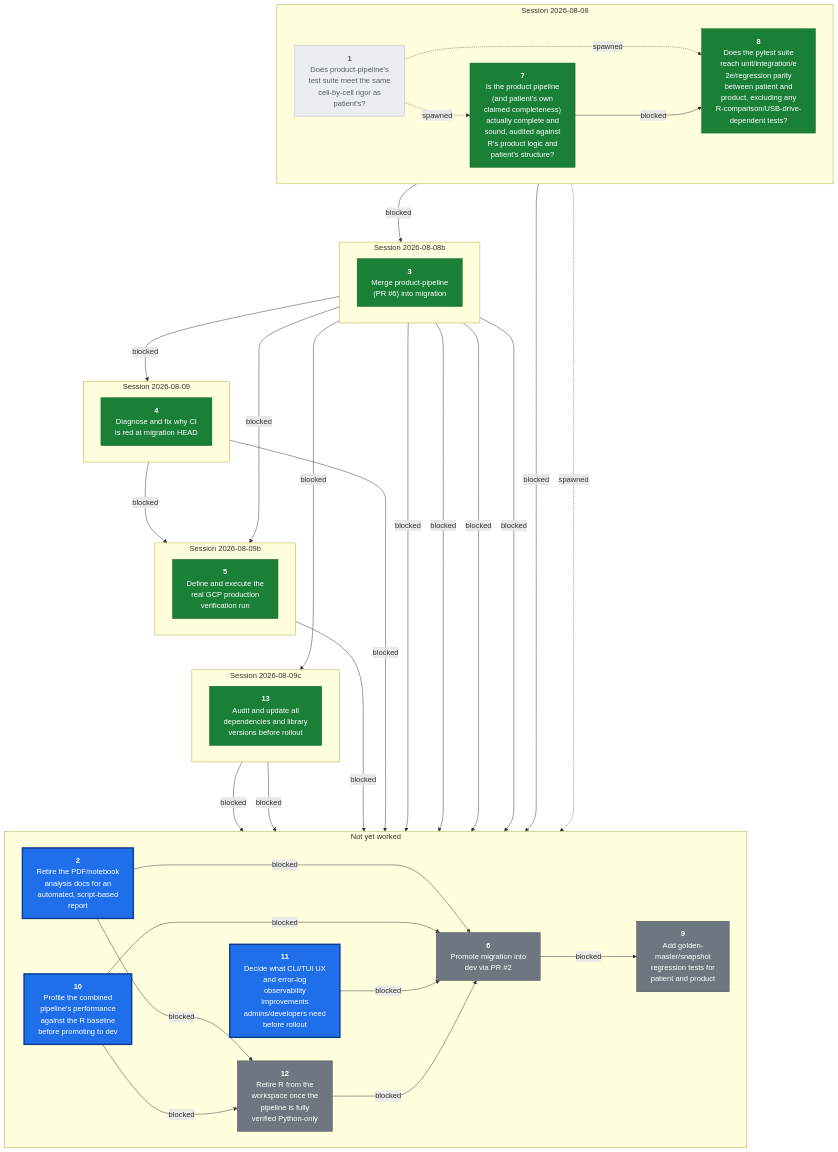
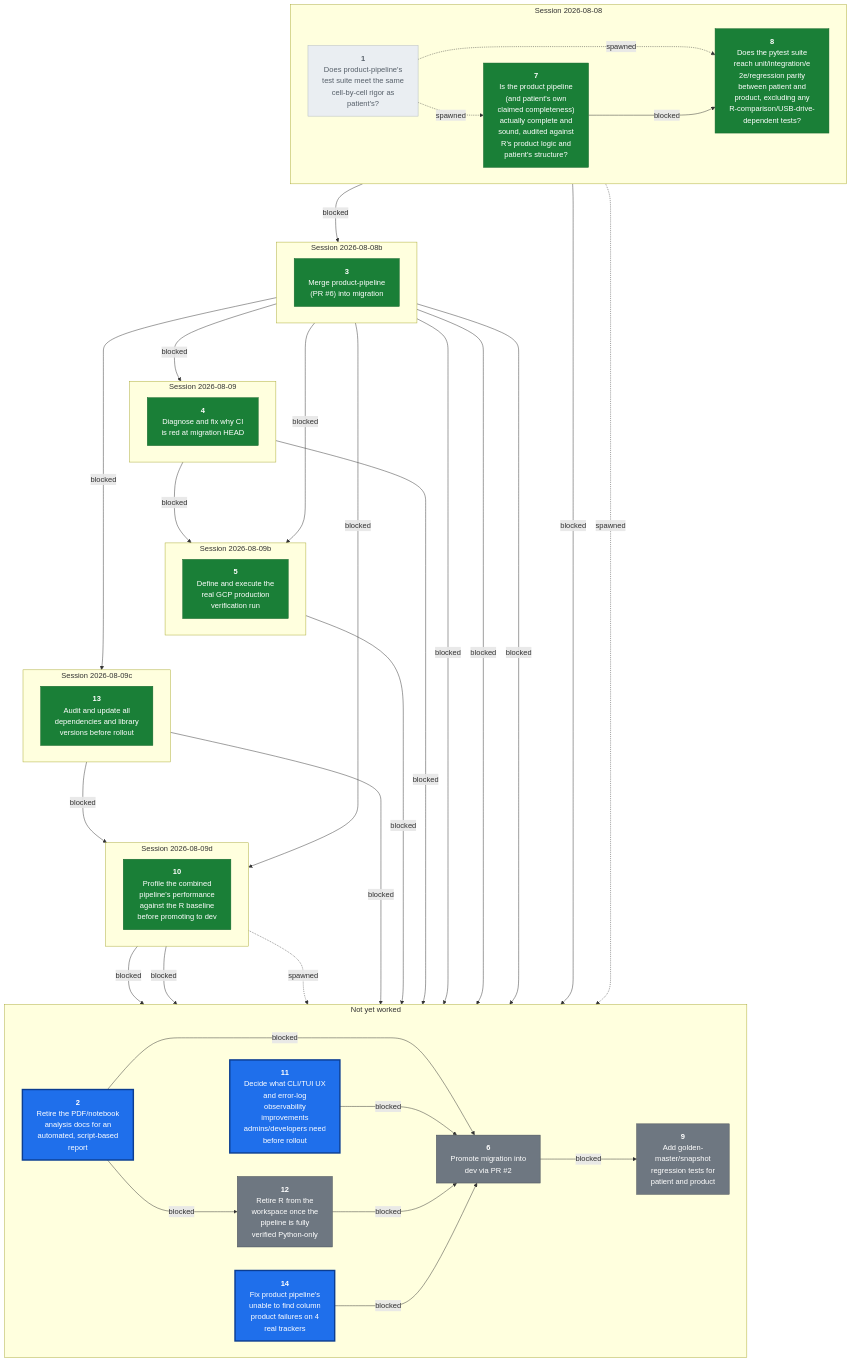
The diagram in docs/wayfinder/route.mmd (CorrelAid/a4d), drawn with Mermaid before and after one commit. The commit also changed 7 other files, not shown here.

First line of the commit message:
Close ticket 10 (performance profiling), spawn ticket 14 (product bug)

```diff
--- a/docs/wayfinder/route.mmd
+++ b/docs/wayfinder/route.mmd
@@ -1,73 +1,80 @@
 flowchart TB
   subgraph S2026_08_08["Session 2026-08-08"]
     direction LR
     U1["<b>1</b><br/>Does product-pipeline's<br/>test suite meet the same<br/>cell-by-cell rigor as<br/>patient's?"]
     U7["<b>7</b><br/>Is the product pipeline<br/>(and patient's own<br/>claimed completeness)<br/>actually complete and<br/>sound, audited against<br/>R's product logic and<br/>patient's structure?"]
     U8["<b>8</b><br/>Does the pytest suite<br/>reach unit/integration/e<br/>2e/regression parity<br/>between patient and<br/>product, excluding any<br/>R-comparison/USB-drive-<br/>dependent tests?"]
   end
   subgraph S2026_08_08b["Session 2026-08-08b"]
     direction LR
     U3["<b>3</b><br/>Merge product-pipeline<br/>(PR #6) into migration"]
   end
   subgraph S2026_08_09["Session 2026-08-09"]
     direction LR
     U4["<b>4</b><br/>Diagnose and fix why CI<br/>is red at migration HEAD"]
   end
   subgraph S2026_08_09b["Session 2026-08-09b"]
     direction LR
     U5["<b>5</b><br/>Define and execute the<br/>real GCP production<br/>verification run"]
   end
   subgraph S2026_08_09c["Session 2026-08-09c"]
     direction LR
     U13["<b>13</b><br/>Audit and update all<br/>dependencies and library<br/>versions before rollout"]
   end
+  subgraph S2026_08_09d["Session 2026-08-09d"]
+    direction LR
+    U10["<b>10</b><br/>Profile the combined<br/>pipeline's performance<br/>against the R baseline<br/>before promoting to dev"]
+  end
   subgraph Sopen["Not yet worked"]
     direction LR
     U2["<b>2</b><br/>Retire the PDF/notebook<br/>analysis docs for an<br/>automated, script-based<br/>report"]
     U6["<b>6</b><br/>Promote migration into<br/>dev via PR #2"]
     U9["<b>9</b><br/>Add golden-<br/>master/snapshot<br/>regression tests for<br/>patient and product"]
-    U10["<b>10</b><br/>Profile the combined<br/>pipeline's performance<br/>against the R baseline<br/>before promoting to dev"]
     U11["<b>11</b><br/>Decide what CLI/TUI UX<br/>and error-log<br/>observability<br/>improvements<br/>admins/developers need<br/>before rollout"]
     U12["<b>12</b><br/>Retire R from the<br/>workspace once the<br/>pipeline is fully<br/>verified Python-only"]
+    U14["<b>14</b><br/>Fix product pipeline's<br/>unable to find column<br/>product failures on 4<br/>real trackers"]
   end
 
   S2026_08_08 ~~~ S2026_08_08b
   S2026_08_08b ~~~ S2026_08_09
   S2026_08_09 ~~~ S2026_08_09b
   S2026_08_09b ~~~ S2026_08_09c
-  S2026_08_09c ~~~ Sopen
+  S2026_08_09c ~~~ S2026_08_09d
+  S2026_08_09d ~~~ Sopen
 
   U3 --->|blocked| U2
   U8 --->|blocked| U3
   U3 --->|blocked| U4
   U3 --->|blocked| U5
   U4 --->|blocked| U5
   U8 --->|blocked| U6
   U2 --->|blocked| U6
   U3 --->|blocked| U6
   U4 --->|blocked| U6
   U5 --->|blocked| U6
   U10 --->|blocked| U6
   U11 --->|blocked| U6
   U12 --->|blocked| U6
   U13 --->|blocked| U6
+  U14 --->|blocked| U6
   U1 -.->|spawned| U7
   U1 -.->|spawned| U8
   U7 --->|blocked| U8
   U8 -.->|spawned| U9
   U6 --->|blocked| U9
   U3 --->|blocked| U10
   U13 --->|blocked| U10
   U3 --->|blocked| U11
   U2 --->|blocked| U12
   U10 --->|blocked| U12
   U3 --->|blocked| U13
+  U10 -.->|spawned| U14
 
   classDef tfrontier fill:#1f6feb,stroke:#0b3d91,stroke-width:3px,color:#ffffff
-  class U2,U10,U11 tfrontier
+  class U2,U11,U14 tfrontier
   classDef tblocked fill:#6e7781,stroke:#424a53,stroke-width:1px,color:#ffffff
   class U6,U9,U12 tblocked
   classDef tdecided fill:#1a7f37,stroke:#116329,stroke-width:1px,color:#ffffff
-  class U3,U4,U5,U7,U8,U13 tdecided
+  class U3,U4,U5,U7,U8,U10,U13 tdecided
   classDef tdropped fill:#eaeef2,stroke:#afb8c1,stroke-width:1px,color:#57606a
   class U1 tdropped
```
